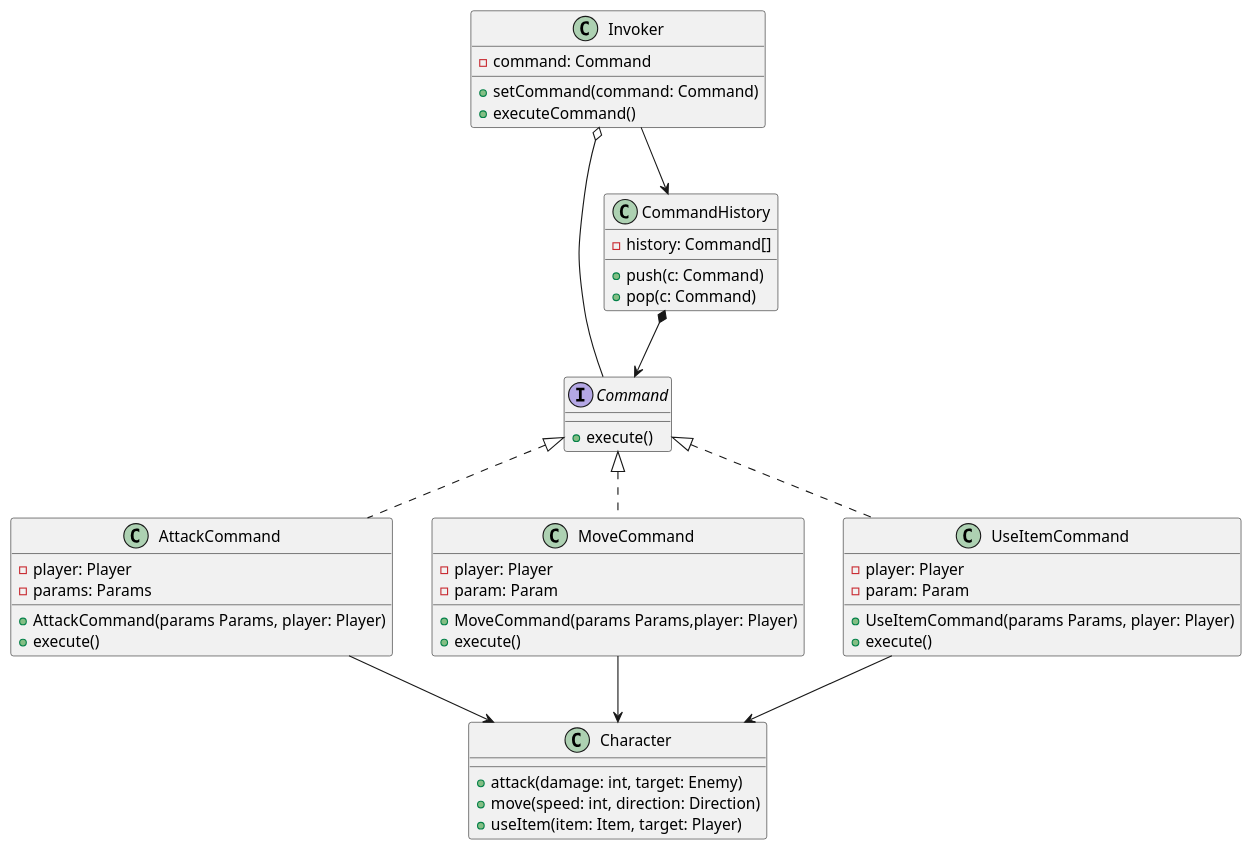
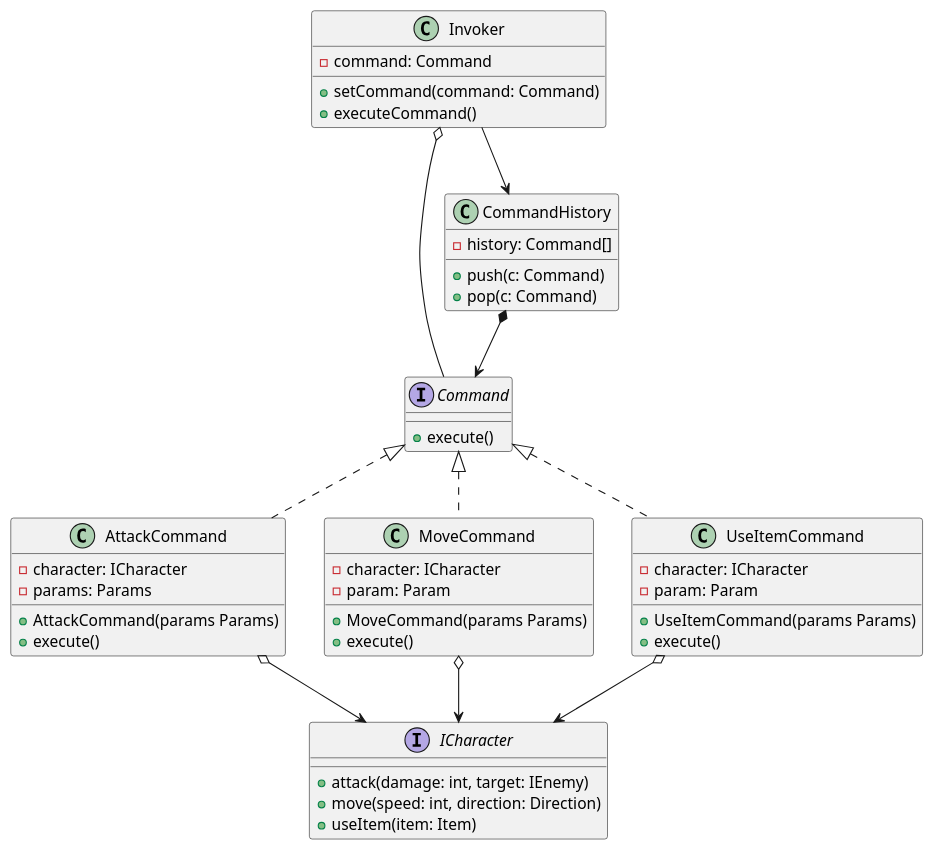
One commit to project-survivor/documentation changed the diagram in UML/Command/player.command.plantuml. Above: the diagram before and after it, drawn with PlantUML. The commit also changed 12 other files, not shown here.

```diff
--- a/UML/Command/player.command.plantuml
+++ b/UML/Command/player.command.plantuml
@@ -1,54 +1,54 @@
 @startuml
 
 interface Command {
     + execute()
 }
 
 class AttackCommand implements Command {
-    - player: Player
+    - character: ICharacter
     - params: Params
-    + AttackCommand(params Params, player: Player)
+    + AttackCommand(params Params)
     + execute()
 }
 
 class MoveCommand implements Command {
-    - player: Player
+    - character: ICharacter
     - param: Param
-    + MoveCommand(params Params,player: Player)
+    + MoveCommand(params Params)
     + execute()
 }
 
 class UseItemCommand implements Command {
-    - player: Player
+    - character: ICharacter
     - param: Param
-    + UseItemCommand(params Params, player: Player)
+    + UseItemCommand(params Params)
     + execute()
-}
-
-class Character {
-    + attack(damage: int, target: Enemy)
-    + move(speed: int, direction: Direction)
-    + useItem(item: Item, target: Player)
 }
 
 class Invoker {
     - command: Command
     + setCommand(command: Command)
     + executeCommand()
 }
 
 class CommandHistory {
     - history: Command[]
     + push(c: Command)
     + pop(c: Command)
 }
 
 Invoker o-- Command
 Invoker --> CommandHistory
 CommandHistory *--> Command
 
-AttackCommand --> Character
-MoveCommand --> Character
-UseItemCommand --> Character
+AttackCommand o--> ICharacter
+MoveCommand o--> ICharacter
+UseItemCommand o--> ICharacter
+
+interface ICharacter {
+    + attack(damage: int, target: IEnemy)
+    + move(speed: int, direction: Direction)
+    + useItem(item: Item)
+}
 
 @enduml
```
